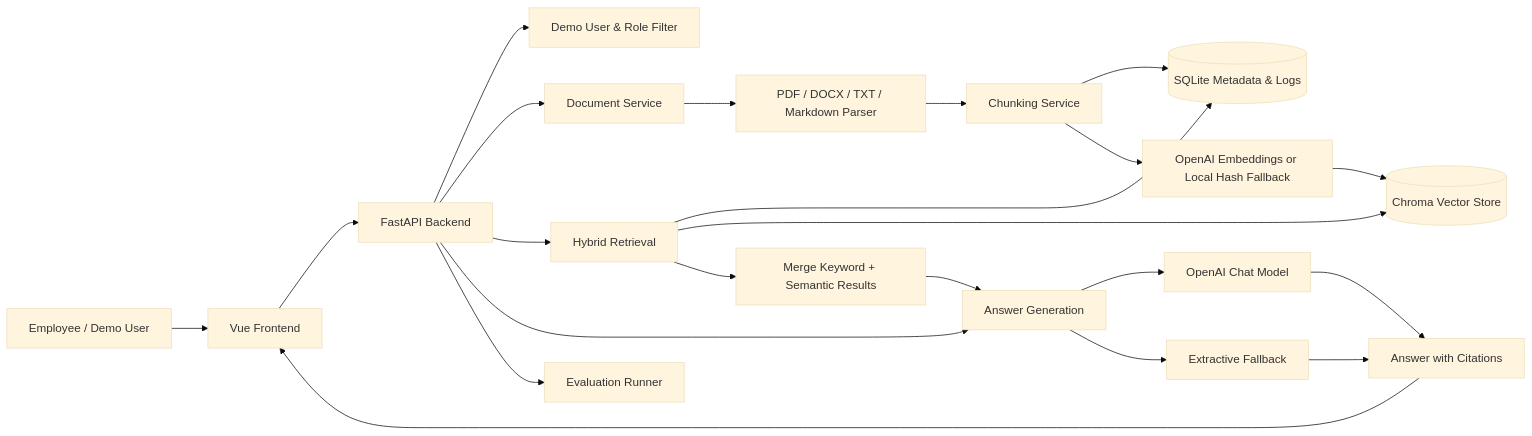
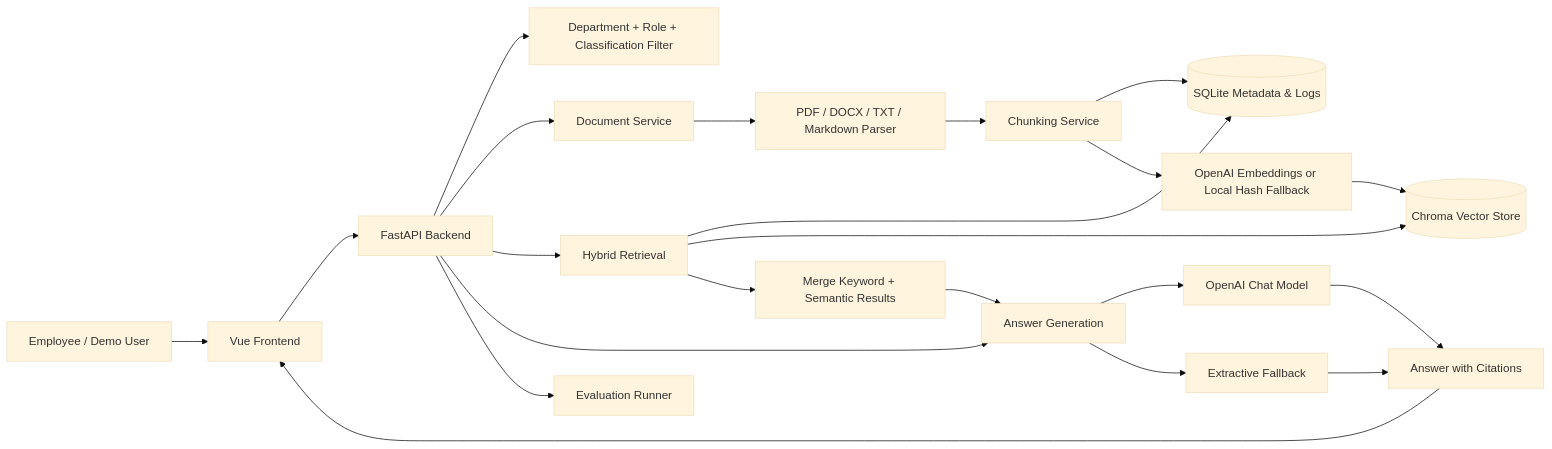
The first of 3 diagrams in README.md (JiaPengGithub/enterprise-rag-knowledge-assistant), drawn with Mermaid (base theme) before and after one commit. The commit also changed other lines of this file and 10 other files, not shown here.

````diff
--- a/README.md
+++ b/README.md
@@ -21,28 +21,28 @@
 ```mermaid
 flowchart LR
     Employee[Employee / Demo User] --> Frontend[Vue Frontend]
     Frontend --> API[FastAPI Backend]
 
-    API --> Auth[Demo User & Role Filter]
+    API --> Auth[Department + Role + Classification Filter]
     API --> Docs[Document Service]
     API --> Retrieval[Hybrid Retrieval]
     API --> Answering[Answer Generation]
     API --> Eval[Evaluation Runner]
 
     Docs --> Parser[PDF / DOCX / TXT / Markdown Parser]
     Parser --> Chunker[Chunking Service]
     Chunker --> SQLite[(SQLite Metadata & Logs)]
     Chunker --> Embeddings[OpenAI Embeddings or Local Hash Fallback]
     Embeddings --> Chroma[(Chroma Vector Store)]
 
     Retrieval --> SQLite
     Retrieval --> Chroma
     Retrieval --> Rerank[Merge Keyword + Semantic Results]
     Rerank --> Answering
 
     Answering --> OpenAI[OpenAI Chat Model]
     Answering --> Fallback[Extractive Fallback]
     OpenAI --> Response[Answer with Citations]
     Fallback --> Response
     Response --> Frontend
 ```
````
